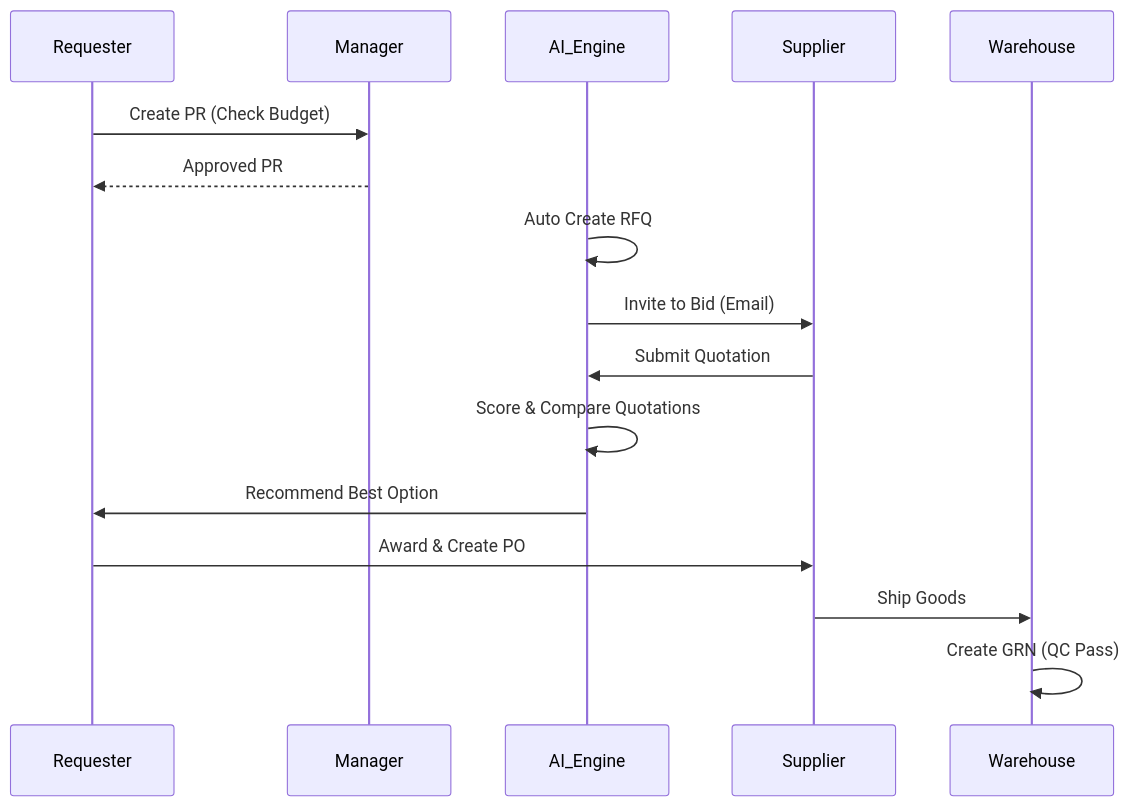
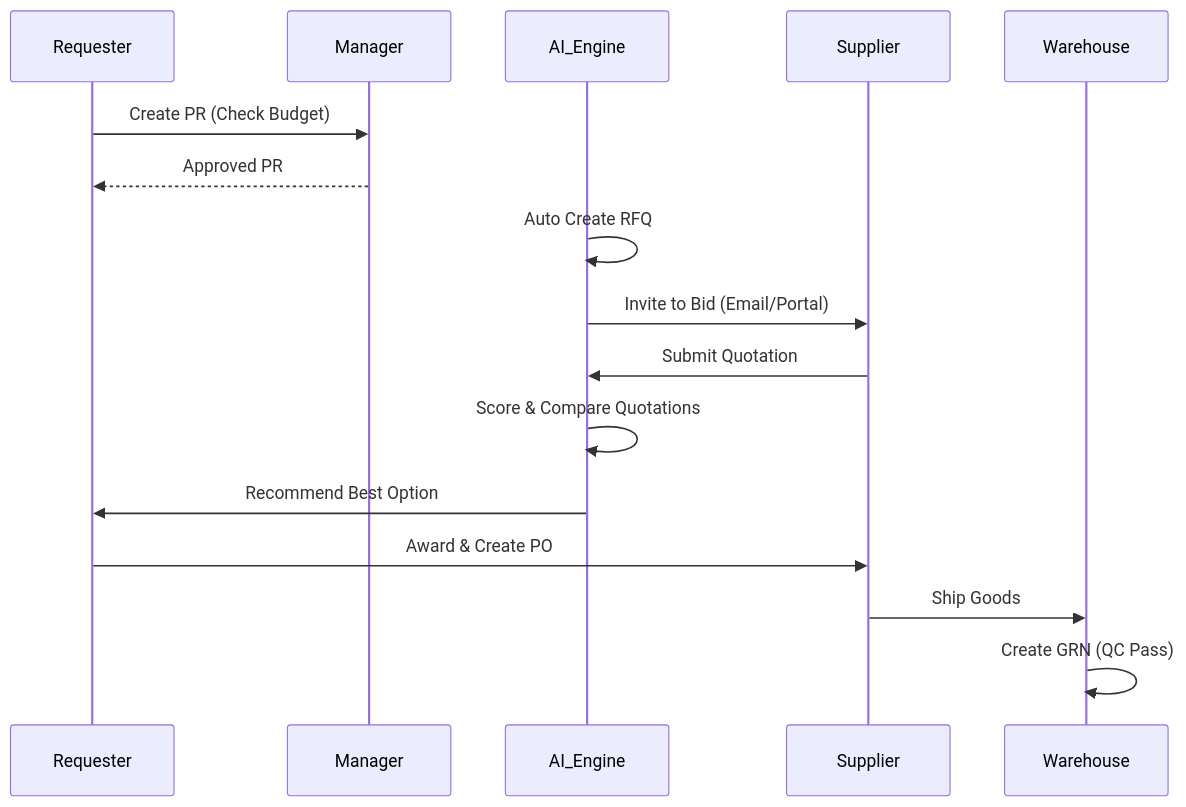
The diagram in README.md (NguyenDinhNam28803/Order_Management_System), drawn with Mermaid before and after one commit. The commit also changed other lines of this file and 29 other files, not shown here.

````diff
--- a/README.md
+++ b/README.md
@@ -95,19 +95,19 @@
 ```mermaid
 sequenceDiagram
     participant Requester
     participant Manager
     participant AI_Engine
     participant Supplier
     participant Warehouse
 
     Requester->>Manager: Create PR (Check Budget)
     Manager-->>Requester: Approved PR
     AI_Engine->>AI_Engine: Auto Create RFQ
-    AI_Engine->>Supplier: Invite to Bid (Email)
+    AI_Engine->>Supplier: Invite to Bid (Email/Portal)
     Supplier->>AI_Engine: Submit Quotation
     AI_Engine->>AI_Engine: Score & Compare Quotations
     AI_Engine->>Requester: Recommend Best Option
     Requester->>Supplier: Award & Create PO
     Supplier->>Warehouse: Ship Goods
     Warehouse->>Warehouse: Create GRN (QC Pass)
 ```
````
